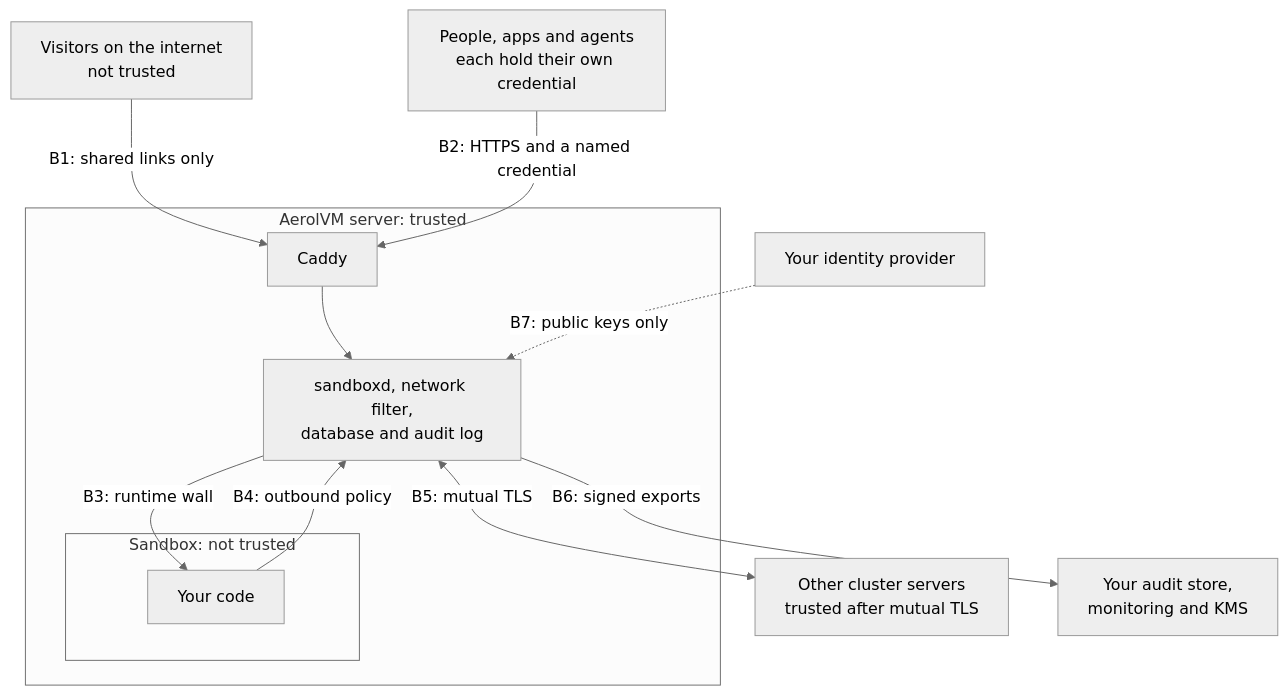
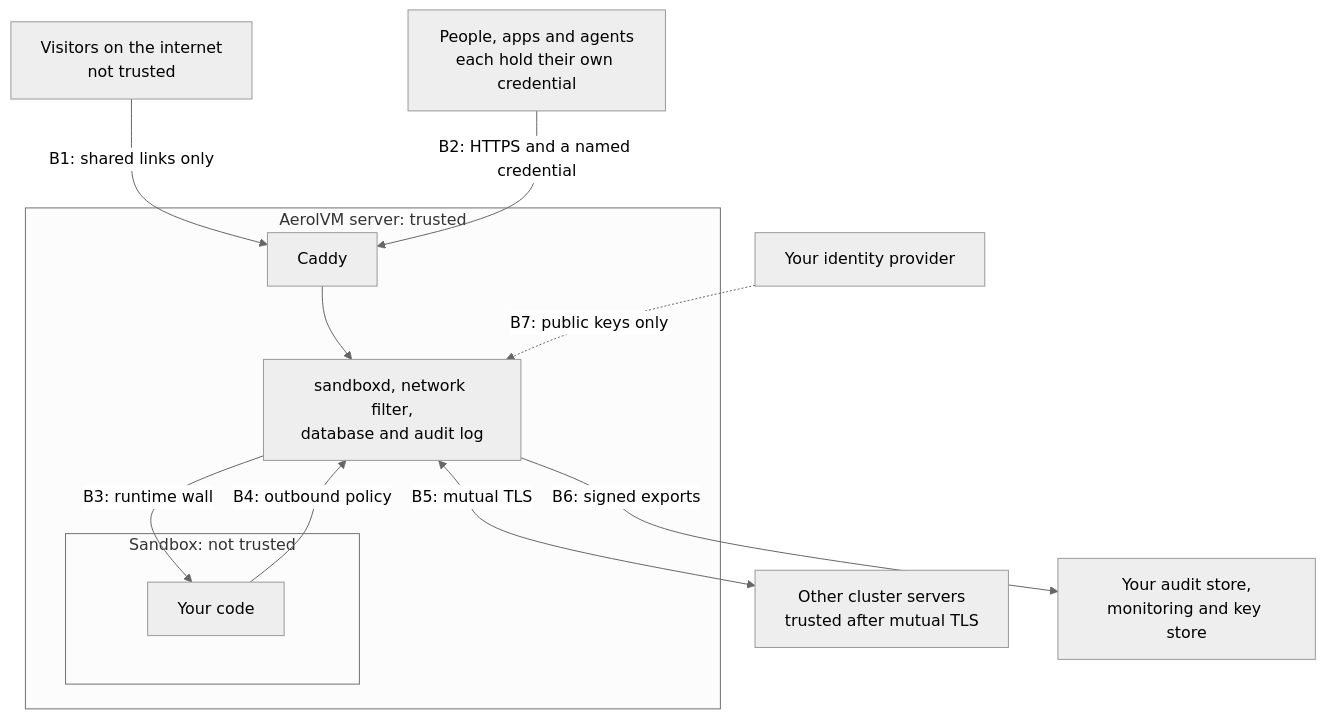
The first of 5 diagrams in docs/src/content/docs/enterprise/architecture.mdx (aerol-ai/microvm), drawn with Mermaid (neutral theme) before and after one commit. The commit also changed other lines of this file and 17 other files, not shown here.

First line of the commit message:
docs: Use your own key store

````diff
--- a/docs/src/content/docs/enterprise/architecture.mdx
+++ b/docs/src/content/docs/enterprise/architecture.mdx
@@ -28,21 +28,21 @@
 ```mermaid
 flowchart TB
     Visitors["Visitors on the internet<br/>not trusted"]
     Apps["People, apps and agents<br/>each hold their own credential"]
     IdP["Your identity provider"]
     subgraph Host["AerolVM server: trusted"]
         Edge["Caddy"] --> Core["sandboxd, network filter,<br/>database and audit log"]
         subgraph Box["Sandbox: not trusted"]
             Code["Your code"]
         end
     end
     Peers["Other cluster servers<br/>trusted after mutual TLS"]
-    Systems["Your audit store,<br/>monitoring and KMS"]
+    Systems["Your audit store,<br/>monitoring and key store"]
     Visitors -- "B1: shared links only" --> Edge
     Apps -- "B2: HTTPS and a named credential" --> Edge
     IdP -. "B7: public keys only" .-> Core
     Core -- "B3: runtime wall" --> Code
     Code -- "B4: outbound policy" --> Core
     Core <-- "B5: mutual TLS" --> Peers
     Core -- "B6: signed exports" --> Systems
 ```
````
